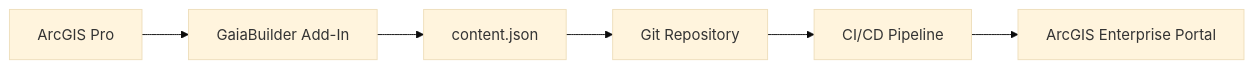
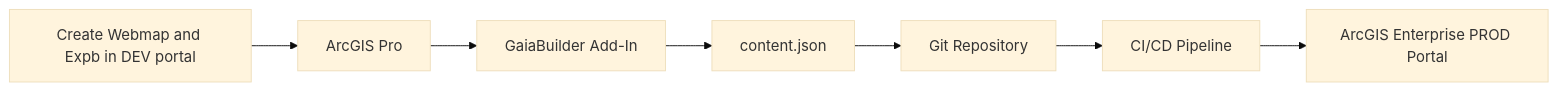
The diagram in Configuration_examples/Publishing an experience builder app/README.md (merkator-software/GaiaBuilder-manual), drawn with Mermaid (base theme) before and after one commit.

````diff
--- a/Configuration_examples/Publishing an experience builder app/README.md
+++ b/Configuration_examples/Publishing an experience builder app/README.md
@@ -23,15 +23,17 @@
 ```mermaid
 graph LR
+  dev[Create Webmap and Expb in DEV portal]
   pro[ArcGIS Pro]
   addon[GaiaBuilder Add-In]
   expb[content.json]
   git[Git Repository]
   pipeline[CI/CD Pipeline]
-  portal[ArcGIS Enterprise Portal]
+  portal[ArcGIS Enterprise PROD Portal]
 
+  dev --> pro
   pro --> addon
   addon --> expb
   expb --> git
   git --> pipeline
   pipeline --> portal
 ```
````
